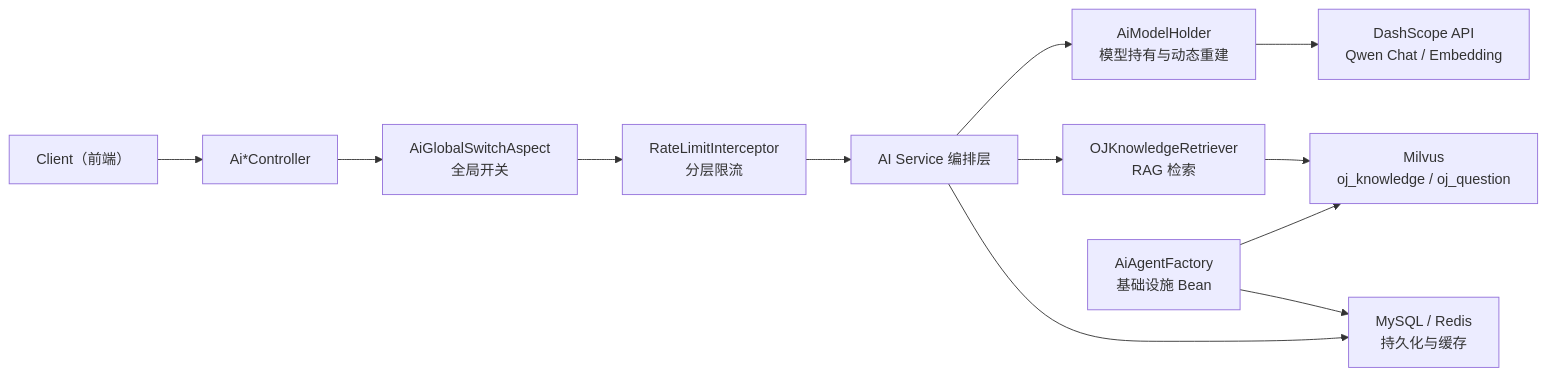
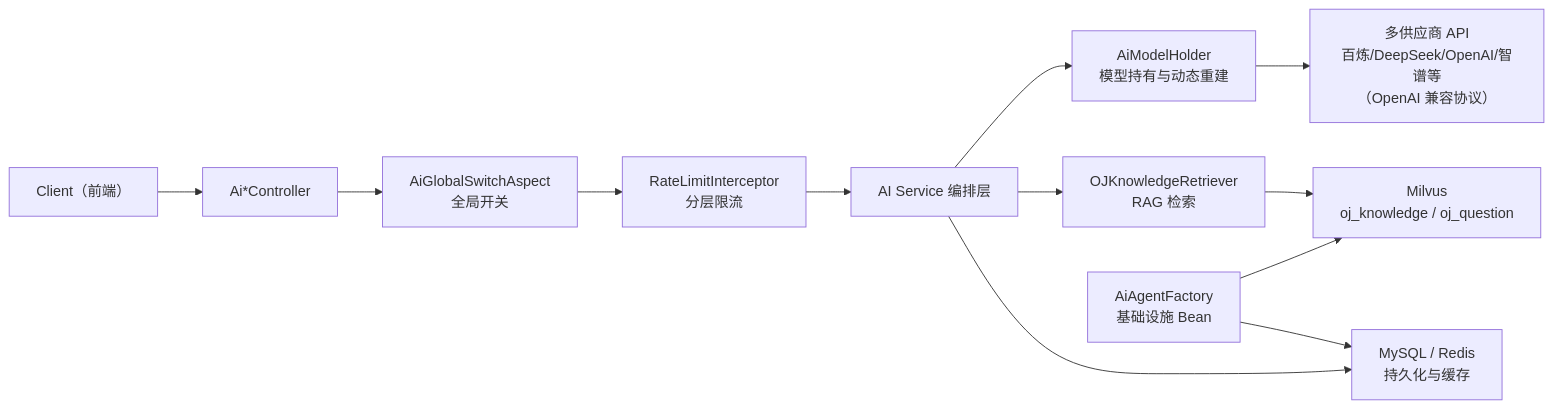
One commit to wangmengxxxi/xi_oj-agent changed the first of 5 diagrams in MD/backend_dev_md/aigc_engineering_implementation_guide.md. Above: the diagram before and after it, drawn with Mermaid. The commit also changed other lines of this file and 4 other files, not shown here.

````diff
--- a/MD/backend_dev_md/aigc_engineering_implementation_guide.md
+++ b/MD/backend_dev_md/aigc_engineering_implementation_guide.md
@@ -45,14 +45,14 @@
 ```mermaid
 flowchart LR
     A["Client（前端）"] --> B["Ai*Controller"]
     B --> C["AiGlobalSwitchAspect<br/>全局开关"]
     C --> D["RateLimitInterceptor<br/>分层限流"]
     D --> E["AI Service 编排层"]
     E --> F["AiModelHolder<br/>模型持有与动态重建"]
     E --> G["OJKnowledgeRetriever<br/>RAG 检索"]
     E --> H["MySQL / Redis<br/>持久化与缓存"]
     G --> I["Milvus<br/>oj_knowledge / oj_question"]
-    F --> J["DashScope API<br/>Qwen Chat / Embedding"]
+    F --> J["多供应商 API<br/>百炼/DeepSeek/OpenAI/智谱等<br/>（OpenAI 兼容协议）"]
     K["AiAgentFactory<br/>基础设施 Bean"] --> I
     K --> H
 ```
````
